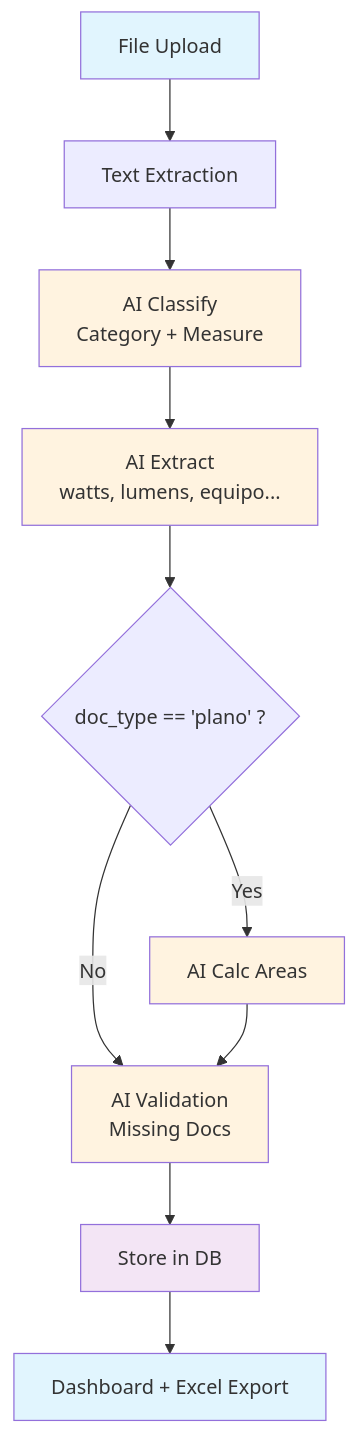
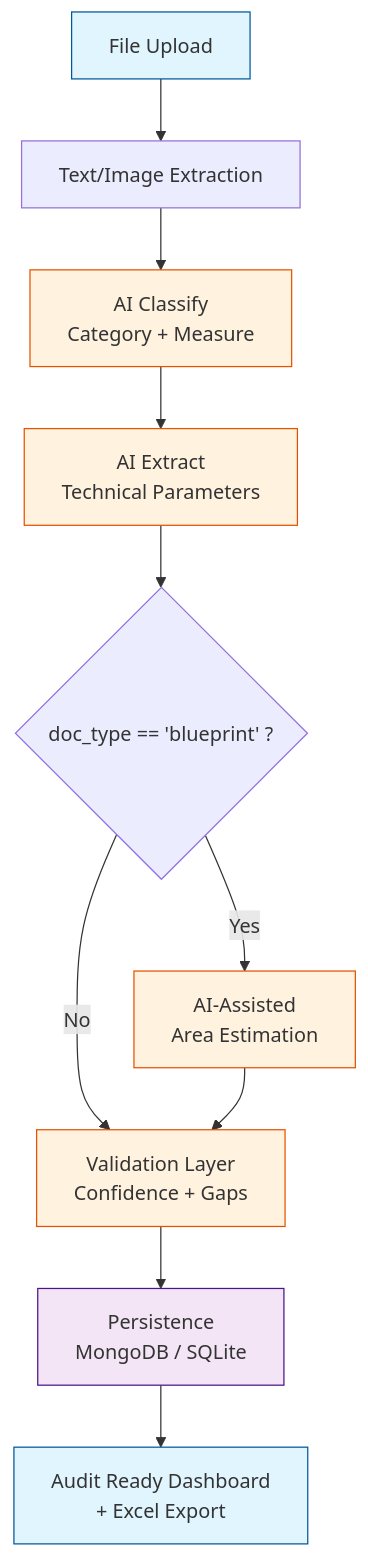
The second of 2 diagrams in README.md (gproatechnology/GProA_EOSIS_Edge), drawn with Mermaid before and after one commit. The commit also changed other lines of this file, not shown here.

````diff
--- a/README.md
+++ b/README.md
@@ -48,19 +55,19 @@
 ```mermaid
 flowchart TD
-    A[File Upload] --> B[Text Extraction]
+    A[File Upload] --> B[Text/Image Extraction]
     B --> C[AI Classify<br/>Category + Measure]
-    C --> D[AI Extract<br/>watts, lumens, equipo...]
-    D --> E{doc_type == 'plano' ?}
-    E -->|Yes| F[AI Calc Areas]
-    E -->|No| G[AI Validation<br/>Missing Docs]
+    C --> D[AI Extract<br/>Technical Parameters]
+    D --> E{doc_type == 'blueprint' ?}
+    E -->|Yes| F[AI-Assisted<br/>Area Estimation]
+    E -->|No| G[Validation Layer<br/>Confidence + Gaps]
     F --> G
-    G --> H[Store in DB]
-    H --> I[Dashboard + Excel Export]
+    G --> H[Persistence<br/>MongoDB / SQLite]
+    H --> I[Audit Ready Dashboard<br/>+ Excel Export]
 
-    classDef startEnd fill:#e1f5fe
-    classDef ai fill:#fff3e0
-    classDef db fill:#f3e5f5
+    classDef startEnd fill:#e1f5fe,stroke:#01579b
+    classDef ai fill:#fff3e0,stroke:#e65100
+    classDef db fill:#f3e5f5,stroke:#4a148c
     class A,I startEnd
     class C,D,F,G ai
     class H db
 ```
````
